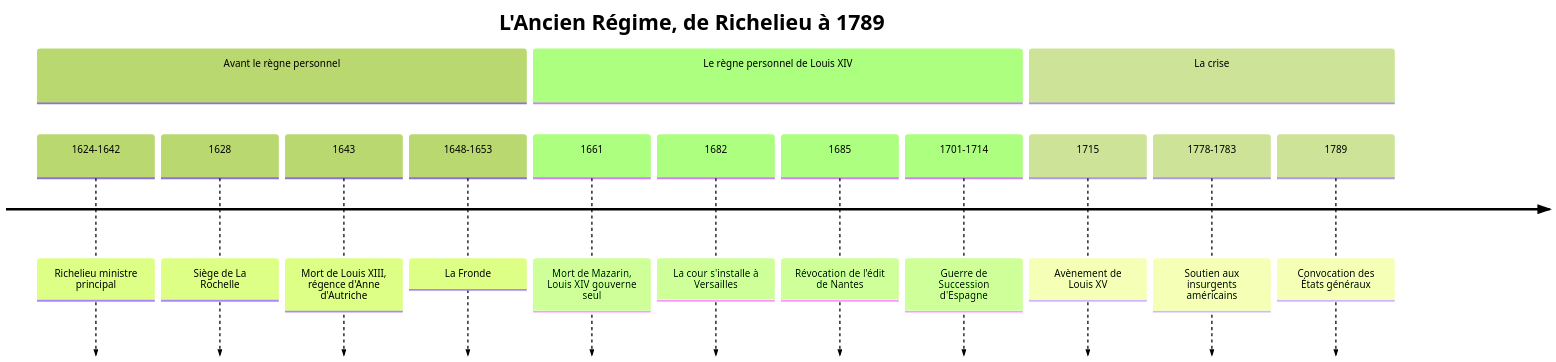
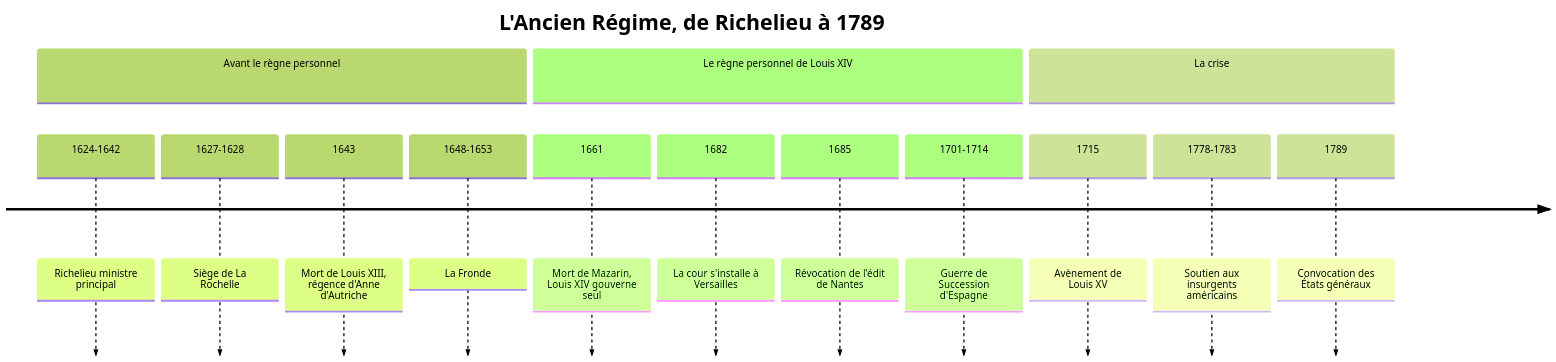
Before and after one commit to rwmicro/pensine: the diagram in Social Sciences/History/France/03 - Ancien Régime et Louis XIV.md, drawn with Mermaid (forest theme). The commit also changed 23 other files, not shown here.

````diff
--- a/Social Sciences/History/France/03 - Ancien Régime et Louis XIV.md
+++ b/Social Sciences/History/France/03 - Ancien Régime et Louis XIV.md
@@ -20,18 +20,18 @@
 ```mermaid
 timeline
     title L'Ancien Régime, de Richelieu à 1789
     section Avant le règne personnel
         1624-1642 : Richelieu ministre principal
-        1628 : Siège de La Rochelle
+        1627-1628 : Siège de La Rochelle
         1643 : Mort de Louis XIII, régence d'Anne d'Autriche
         1648-1653 : La Fronde
     section Le règne personnel de Louis XIV
         1661 : Mort de Mazarin, Louis XIV gouverne seul
         1682 : La cour s'installe à Versailles
         1685 : Révocation de l'édit de Nantes
         1701-1714 : Guerre de Succession d'Espagne
     section La crise
         1715 : Avènement de Louis XV
         1778-1783 : Soutien aux insurgents américains
         1789 : Convocation des États généraux
 ```
````
